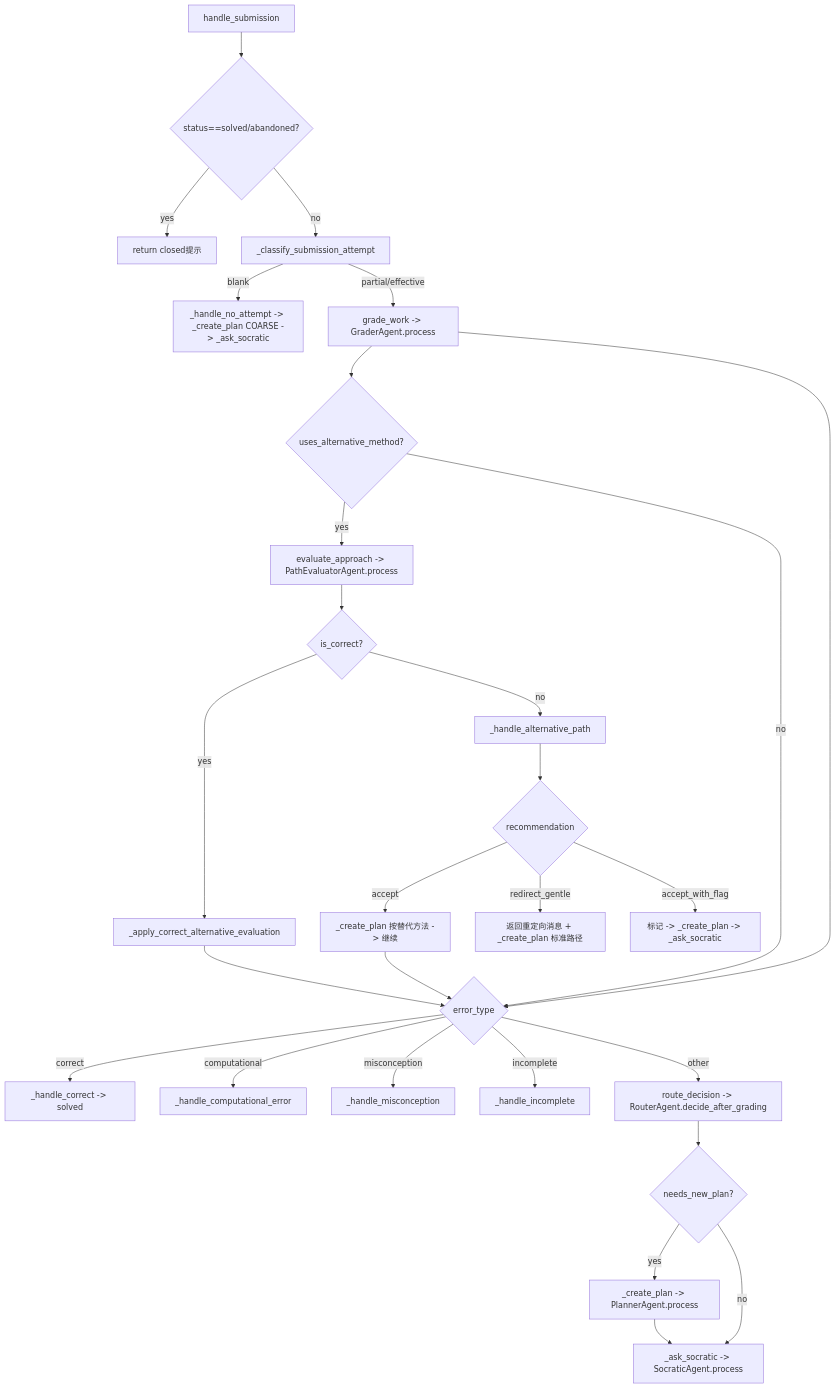
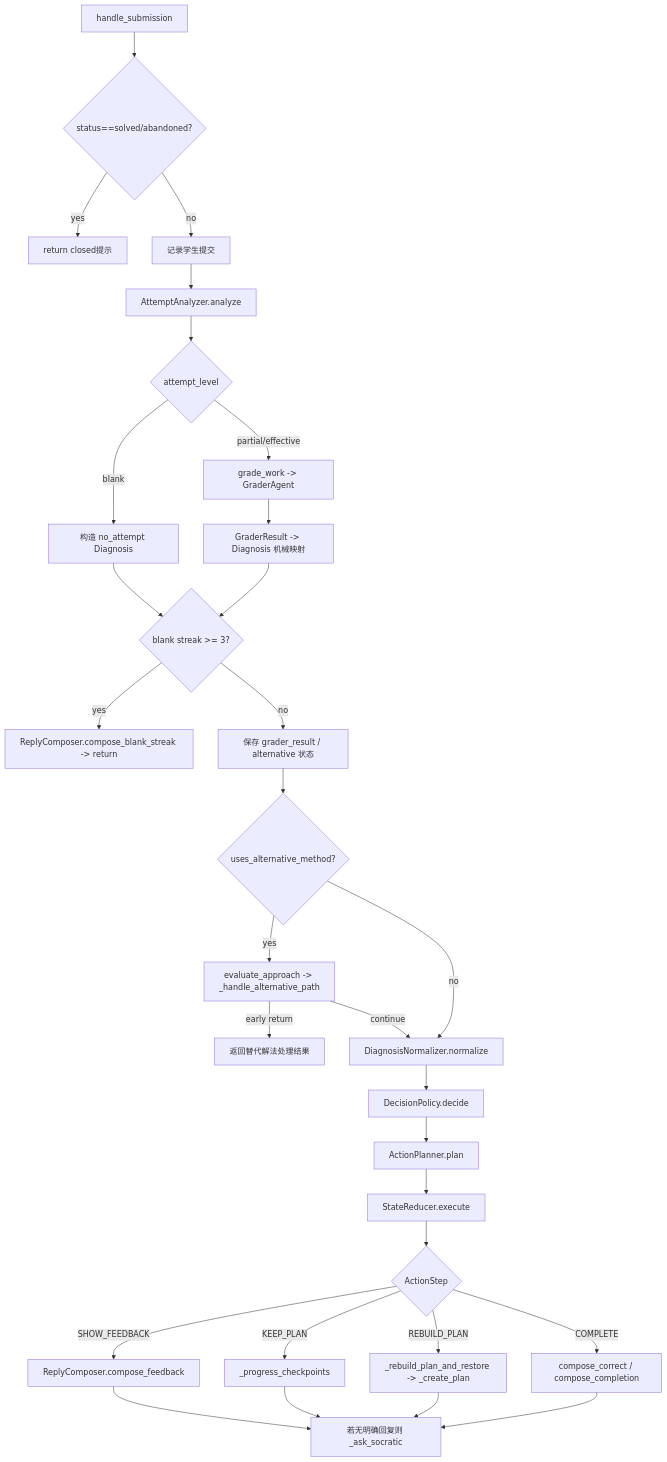
One commit to SunOfTheEast/DeepSenior changed the first of 5 diagrams in SYSTEM_DOCS.md. Above: the diagram before and after it, drawn with Mermaid. The commit also changed other lines of this file and 15 other files, not shown here.

````diff
--- a/SYSTEM_DOCS.md
+++ b/SYSTEM_DOCS.md
@@ -263,32 +457,38 @@
 ```mermaid
 flowchart TD
     A[handle_submission] --> A1{status==solved/abandoned?}
     A1 -->|yes| A2[return closed提示]
-    A1 -->|no| B[_classify_submission_attempt]
-    B -->|blank| C[_handle_no_attempt -> _create_plan COARSE -> _ask_socratic]
-    B -->|partial/effective| D[grade_work -> GraderAgent.process]
+    A1 -->|no| B[记录学生提交]
 
-    D --> E{uses_alternative_method?}
-    E -->|yes| F[evaluate_approach -> PathEvaluatorAgent.process]
-    F --> G{is_correct?}
-    G -->|yes| H[_apply_correct_alternative_evaluation]
-    G -->|no| I[_handle_alternative_path]
-    I --> I1{recommendation}
-    I1 -->|accept| I2[_create_plan 按替代方法 -> 继续]
-    I1 -->|redirect_gentle| I3[返回重定向消息 + _create_plan 标准路径]
-    I1 -->|accept_with_flag| I4[标记 -> _create_plan -> _ask_socratic]
+    B --> C[AttemptAnalyzer.analyze]
+    C --> C1{attempt_level}
+    C1 -->|blank| C2[构造 no_attempt Diagnosis]
+    C1 -->|partial/effective| C3[grade_work -> GraderAgent]
+    C3 --> C4[GraderResult -> Diagnosis 机械映射]
 
-    E -->|no| J{error_type}
-    D --> J
-    H --> J
-    I2 --> J
-    J -->|correct| K[_handle_correct -> solved]
-    J -->|computational| L[_handle_computational_error]
-    J -->|misconception| M[_handle_misconception]
-    J -->|incomplete| N[_handle_incomplete]
-    J -->|other| O[route_decision -> RouterAgent.decide_after_grading]
-    O --> P{needs_new_plan?}
-    P -->|yes| Q[_create_plan -> PlannerAgent.process]
-    P -->|no| R
-    Q --> R[_ask_socratic -> SocraticAgent.process]
+    C2 --> D{blank streak >= 3?}
+    C4 --> D
+    D -->|yes| D1[ReplyComposer.compose_blank_streak -> return]
+    D -->|no| E[保存 grader_result / alternative 状态]
+
+    E --> F{uses_alternative_method?}
+    F -->|yes| G[evaluate_approach -> _handle_alternative_path]
+    G -->|early return| G1[返回替代解法处理结果]
+    G -->|continue| H
+    F -->|no| H[DiagnosisNormalizer.normalize]
+
+    H --> I[DecisionPolicy.decide]
+    I --> J[ActionPlanner.plan]
+    J --> K[StateReducer.execute]
+
+    K --> K1{ActionStep}
+    K1 -->|SHOW_FEEDBACK| L[ReplyComposer.compose_feedback]
+    K1 -->|KEEP_PLAN| M[_progress_checkpoints]
+    K1 -->|REBUILD_PLAN| N[_rebuild_plan_and_restore -> _create_plan]
+    K1 -->|COMPLETE| O[compose_correct / compose_completion]
+
+    L --> P
+    M --> P
+    N --> P
+    O --> P[若无明确回复则 _ask_socratic]
 ```
````
